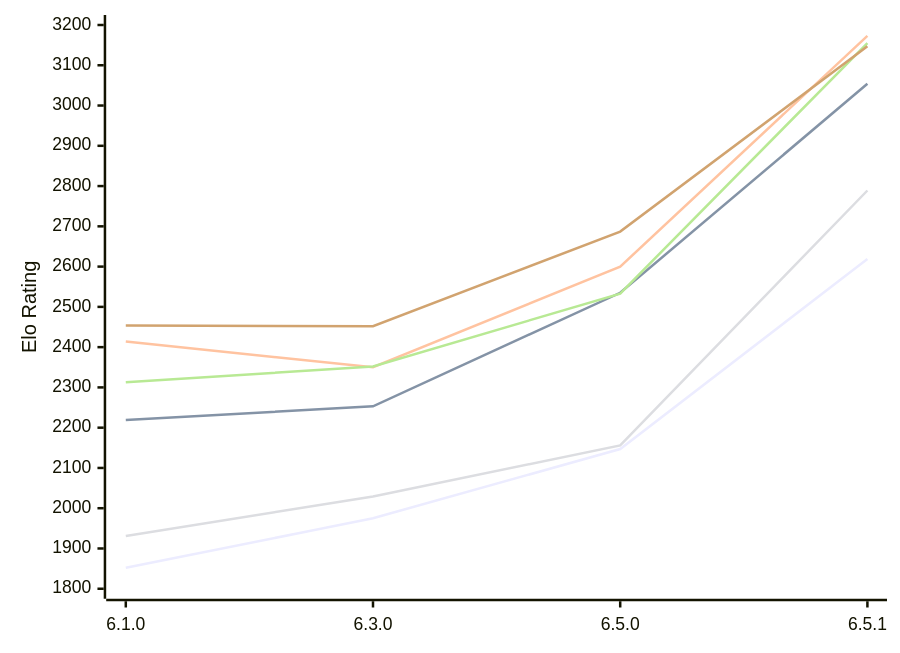
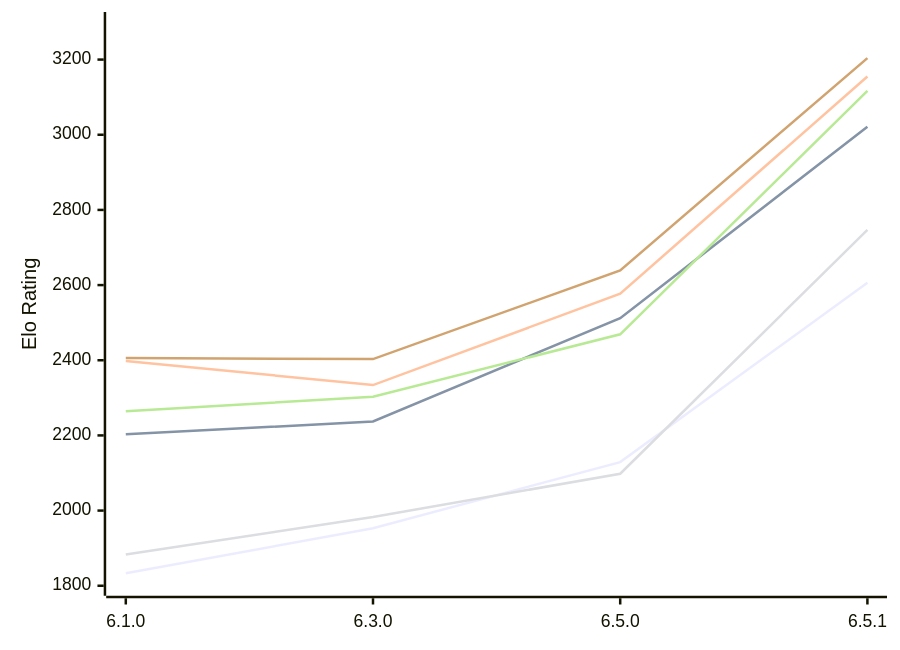
One commit to computer-chess-index/cci changed the diagram in engines/Luminex.md. Above: the diagram before and after it, drawn with Mermaid. The commit also changed other lines of this file, not shown here.

Commit message:
Update CCI Ratings (ELO VLTC) - 2026-11-08

````diff
--- a/engines/Luminex.md
+++ b/engines/Luminex.md
@@ -53,12 +53,12 @@
 ```mermaid
 %%{init: {"theme":"base","themeVariables":{"seriesColors:['#a3a3a3','#222221','#faa371']}}}%%
 xychart-beta
   x-axis ["6.1.0", "6.3.0", "6.5.0", "6.5.1"]
-  y-axis "Elo Rating" 1800 --> 3200
-  line "E1: STC (8.0+0.08s)" [1852, 1975, 2147, 2619]
-  line "E1: LTC (60.0+0.60s)" [2219, 2253, 2535, 3054]
-  line "E1: VLTC (2m24s+1.12s)" [2414, 2350, 2600, 3173]
-  line "P1: STC (8.0+0.08s)" [1931, 2029, 2156, 2789]
-  line "P1: LTC (60.0+0.60s)" [2313, 2352, 2533, 3155]
-  line "P1: VLTC (2m24s+1.12s)" [2454, 2452, 2687, 3147]
+  y-axis "Elo Rating" 1800 --> 3300
+  line "E1: STC (8.0+0.08s)" [1833, 1953, 2129, 2606]
+  line "E1: LTC (60.0+0.60s)" [2203, 2237, 2512, 3021]
+  line "E1: VLTC (2m24s+1.12s)" [2398, 2334, 2577, 3155]
+  line "P1: STC (8.0+0.08s)" [1883, 1983, 2098, 2747]
+  line "P1: LTC (60.0+0.60s)" [2264, 2303, 2469, 3117]
+  line "P1: VLTC (2m24s+1.12s)" [2406, 2403, 2639, 3204]
 ```
````
